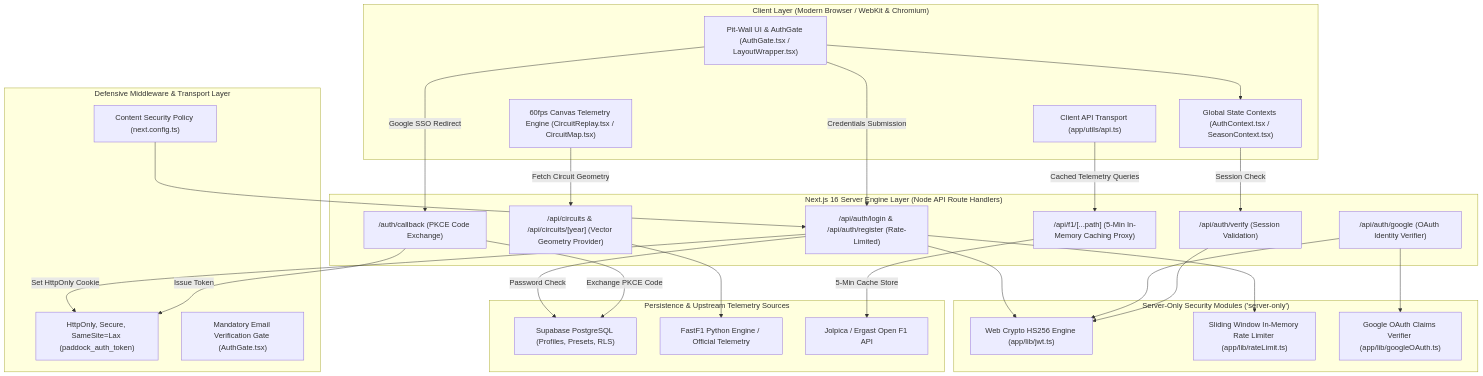
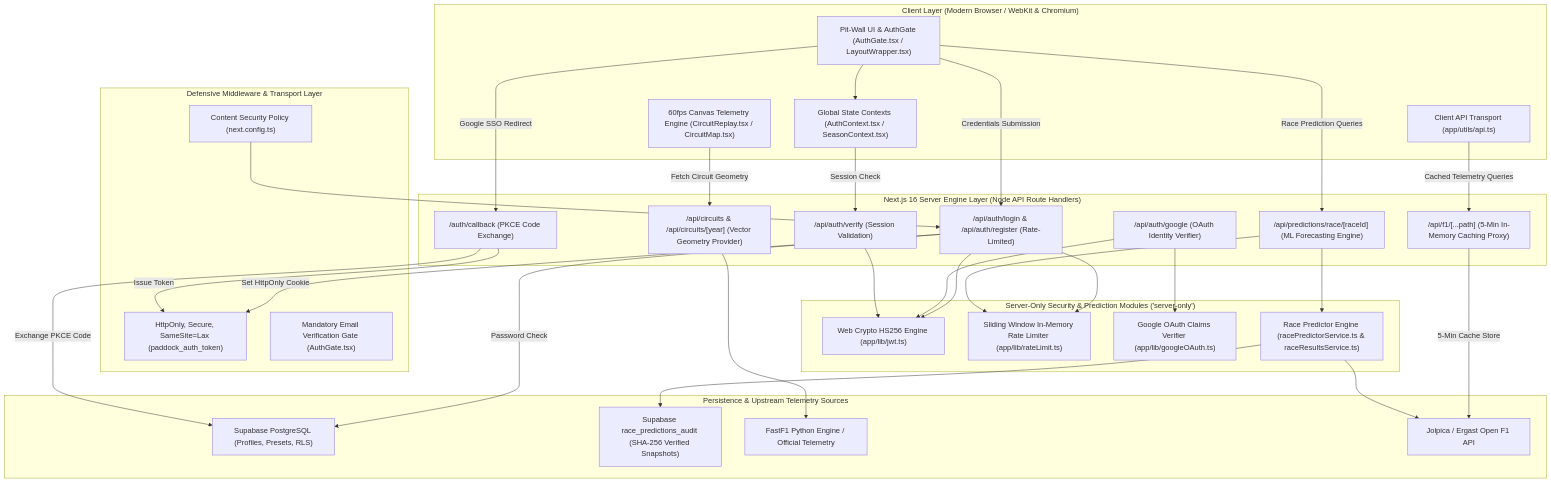
One commit to Hritik983567-Art/paddock changed the first of 3 diagrams in docs/04_SYSTEM_ARCHITECTURE.md. Above: the diagram before and after it, drawn with Mermaid. The commit also changed other lines of this file and 108 other files, not shown here.

Commit message:
feat: implement F1 Race Predictor suite and fix hot lap simulator telemetry braking physics across viewports

````diff
--- a/docs/04_SYSTEM_ARCHITECTURE.md
+++ b/docs/04_SYSTEM_ARCHITECTURE.md
@@ -88,17 +88,21 @@
 
         PROXY["/api/f1/[...path] (5-Min In-Memory Caching Proxy)"]
 
+        PREDICT_API["/api/predictions/race/[raceId] (ML Forecasting Engine)"]
+
     end
 
 
 
-    subgraph SecurityLib ["Server-Only Security Modules ('server-only')"]
+    subgraph SecurityLib ["Server-Only Security & Prediction Modules ('server-only')"]
 
         JWT_ENGINE["Web Crypto HS256 Engine (app/lib/jwt.ts)"]
 
         RATE_LIMIT["Sliding Window In-Memory Rate Limiter (app/lib/rateLimit.ts)"]
 
         GOOGLE_VERIFIER["Google OAuth Claims Verifier (app/lib/googleOAuth.ts)"]
+
+        PREDICT_ENGINE["Race Predictor Engine (racePredictorService.ts & raceResultsService.ts)"]
 
     end
 
@@ -107,6 +111,8 @@
     subgraph DataPersistence ["Persistence & Upstream Telemetry Sources"]
 
         SUPABASE_DB["Supabase PostgreSQL (Profiles, Presets, RLS)"]
+
+        PREDICT_AUDIT["Supabase race_predictions_audit (SHA-256 Verified Snapshots)"]
 
         FASTF1_ENGINE["FastF1 Python Engine / Official Telemetry"]
 
@@ -123,6 +129,8 @@
     UI -->|Credentials Submission| AUTH_ROUTES
 
     UI -->|Google SSO Redirect| CALLBACK
+
+    UI -->|Race Prediction Queries| PREDICT_API
 
     CANVAS -->|Fetch Circuit Geometry| CIRCUIT_API
 
@@ -158,6 +166,14 @@
 
     PROXY -->|5-Min Cache Store| JOLPICA_API
 
+    PREDICT_API --> RATE_LIMIT
+
+    PREDICT_API --> PREDICT_ENGINE
+
+    PREDICT_ENGINE --> PREDICT_AUDIT
+
+    PREDICT_ENGINE --> JOLPICA_API
+
     CIRCUIT_API --> FASTF1_ENGINE
 
 ```
````
